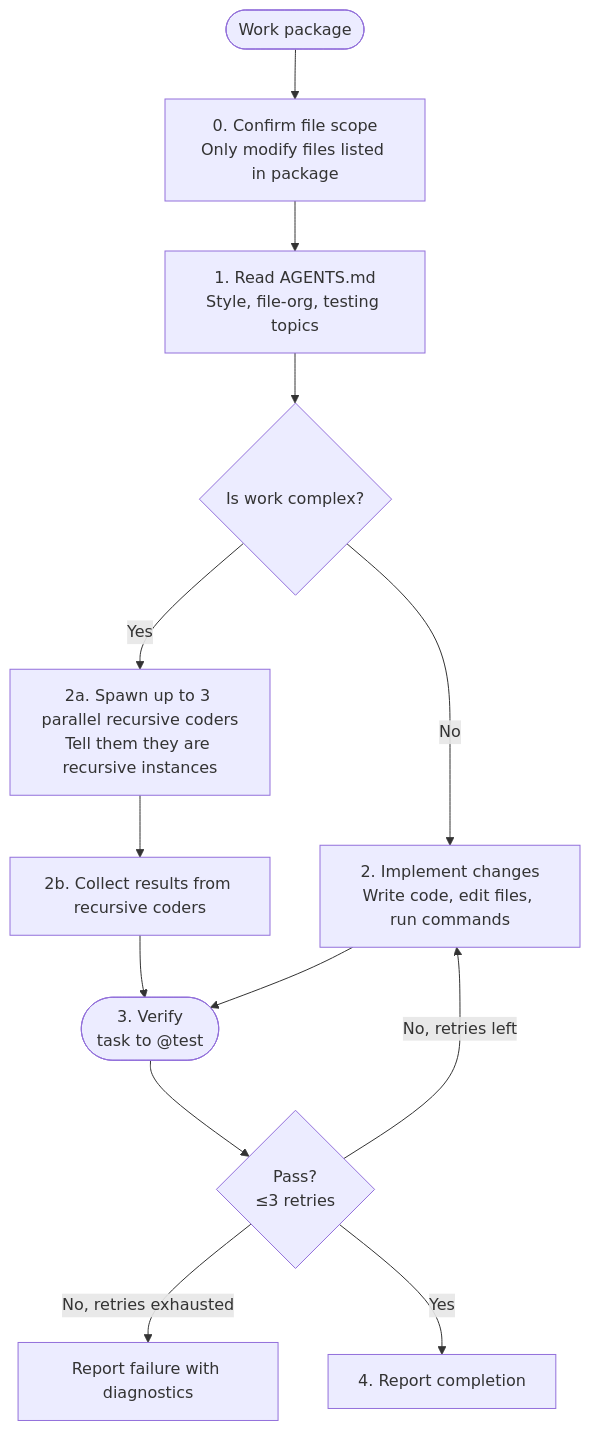
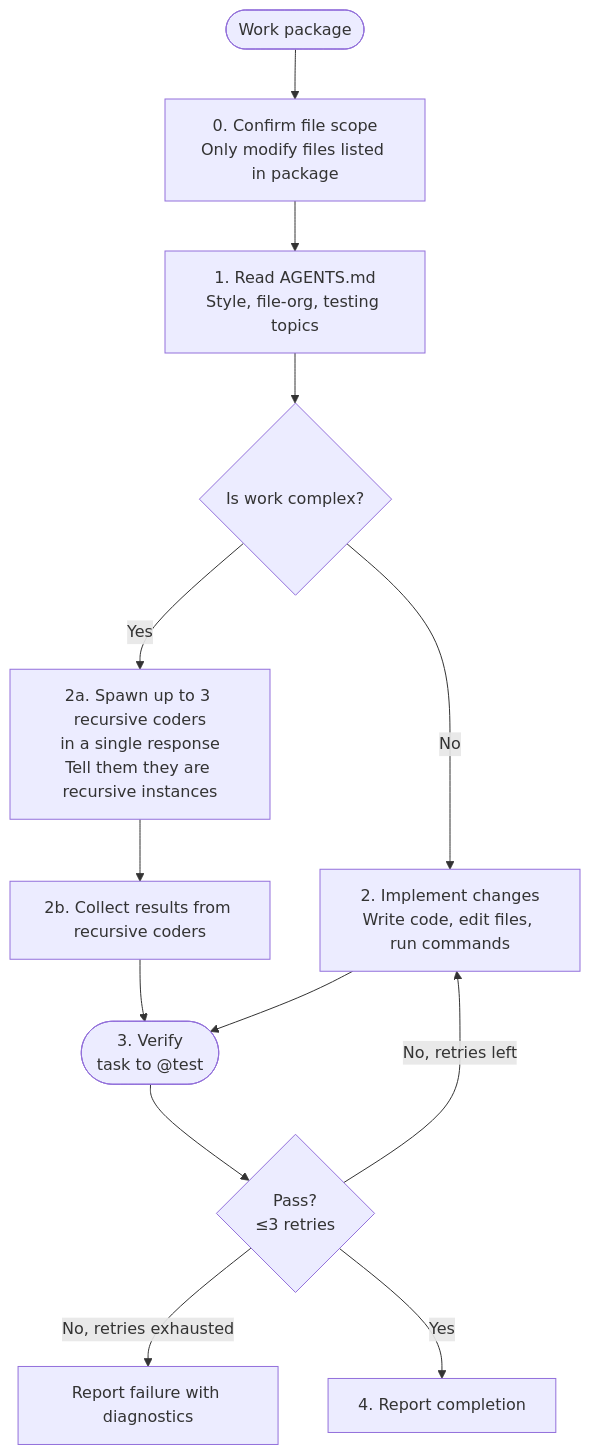
One commit to juliankahlert/opencode-config changed the diagram in pages/src/absurd/coder.md. Above: the diagram before and after it, drawn with Mermaid. The commit also changed 9 other files, not shown here.

````diff
--- a/pages/src/absurd/coder.md
+++ b/pages/src/absurd/coder.md
@@ -17,15 +17,15 @@
 ```mermaid
 flowchart TD
     REQ([Work package]) --> SCOPE[<span>0.</span> Confirm file scope<br/>Only modify files listed in package]
     SCOPE --> AGENTS[<span>1.</span> Read AGENTS.md<br/>Style, file-org, testing topics]
     AGENTS --> DECIDE{Is work complex?}
     DECIDE -->|No| IMPL[<span>2.</span> Implement changes<br/>Write code, edit files, run commands]
-    DECIDE -->|Yes| SPAWN[<span>2a.</span> Spawn up to 3 parallel recursive coders<br/>Tell them they are recursive instances]
+    DECIDE -->|Yes| SPAWN[<span>2a.</span> Spawn up to 3 recursive coders<br/>in a single response<br/>Tell them they are recursive instances]
     SPAWN --> COLLECT[<span>2b.</span> Collect results from recursive coders]
     COLLECT --> VERIFY([<span>3.</span> Verify<br/>task to @test])
     IMPL --> VERIFY
     VERIFY --> VPASS{Pass?<br/>≤3 retries}
     VPASS -->|No, retries left| IMPL
     VPASS -->|No, retries exhausted| FAIL[Report failure with diagnostics]
     VPASS -->|Yes| REPORT[<span>4.</span> Report completion]
 ```
````
